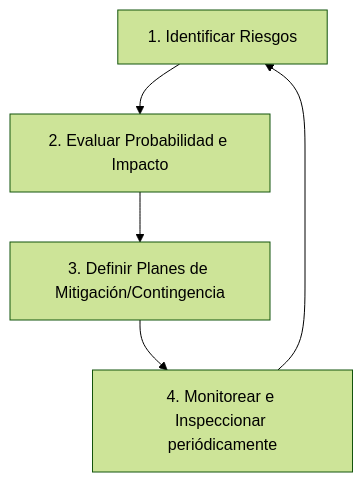
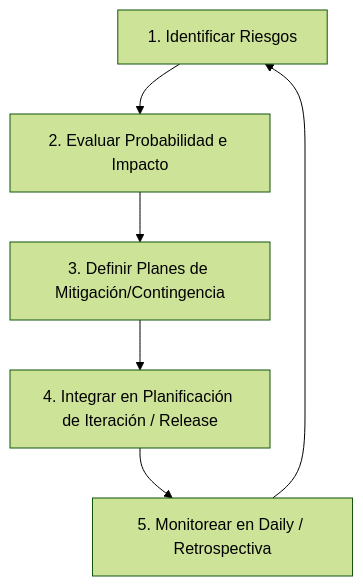
The first of 2 diagrams in 02-project-planning/risk-management.md (jlinares30/project-management-playbook), drawn with Mermaid (forest theme) before and after one commit. The commit also changed other lines of this file and 4 other files, not shown here.

````diff
--- a/02-project-planning/risk-management.md
+++ b/02-project-planning/risk-management.md
@@ -35,7 +35,8 @@
 ```mermaid
 graph TD
     A[1. Identificar Riesgos] --> B[2. Evaluar Probabilidad e Impacto]
     B --> C[3. Definir Planes de Mitigación/Contingencia]
-    C --> D[4. Monitorear e Inspeccionar periódicamente]
-    D --> A
+    C --> D[4. Integrar en Planificación de Iteración / Release]
+    D --> E[5. Monitorear en Daily / Retrospectiva]
+    E --> A
 ```
````
